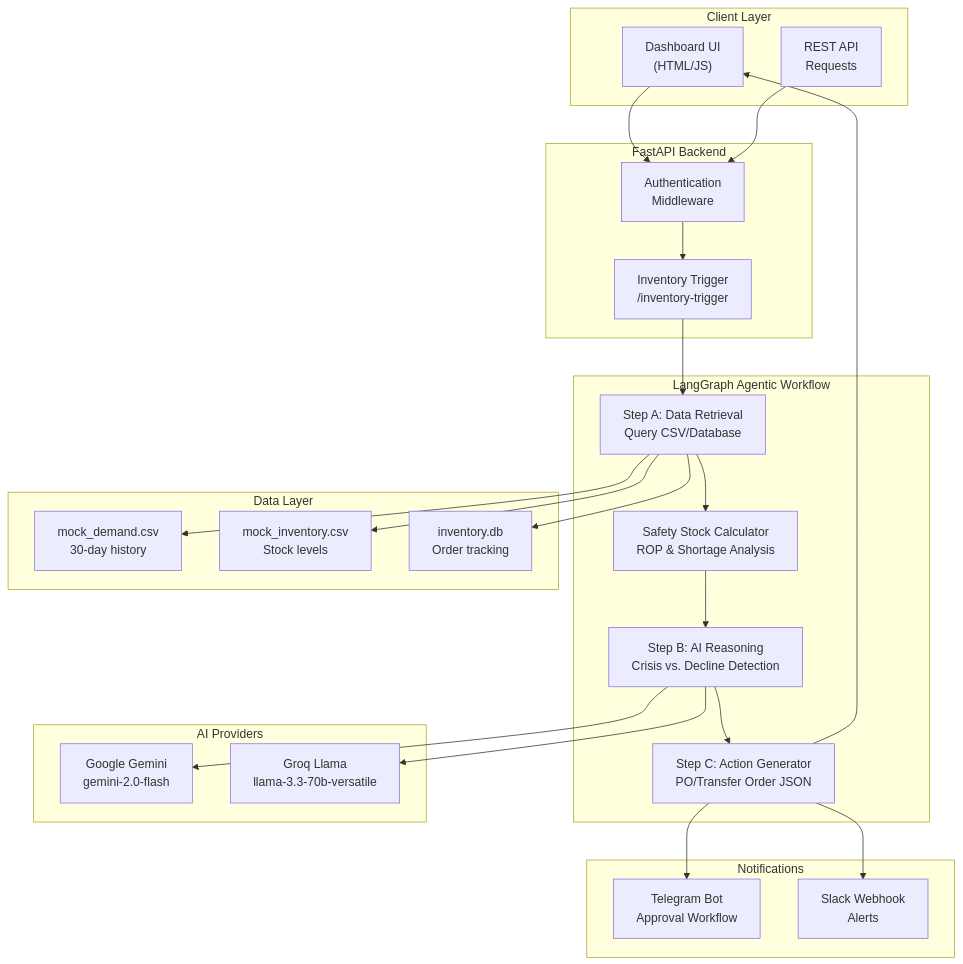
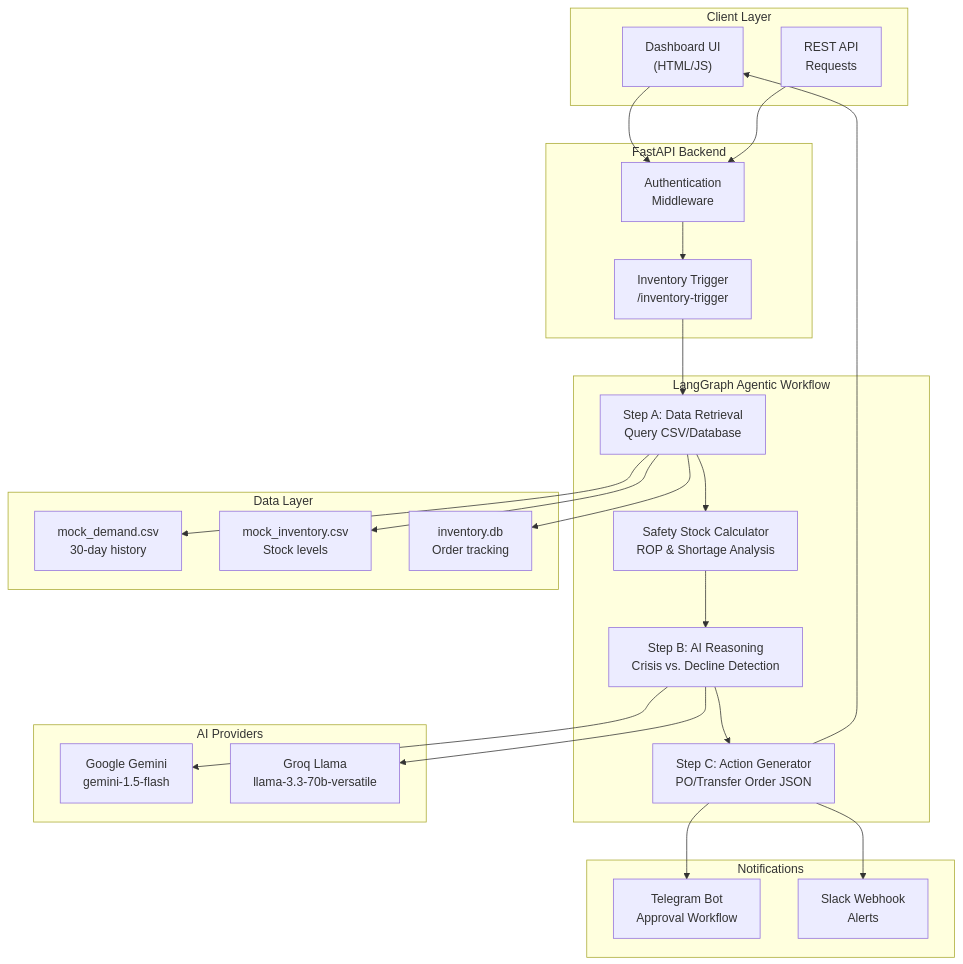
Before and after one commit to HemantSudarshan/Agentic-Inventory-Restocking-Servic: the diagram in README.md, drawn with Mermaid. The commit also changed other lines of this file and 1 other file, not shown here.

Commit message:
fix: Revert to gemini-1.5-flash for higher free tier quota - Changed from gemini-2.0-flash to gemini-1.5-flash - Reason: 2.0-flash has lower free tier limits (quota exhausted) - 1.5-flash has 1500 requests/day free tier

````diff
--- a/README.md
+++ b/README.md
@@ -77,51 +77,51 @@
 ```mermaid
 flowchart TB
     subgraph Client ["Client Layer"]
         Dashboard["Dashboard UI<br>(HTML/JS)"]
         RESTAPI["REST API<br>Requests"]
     end
 
     subgraph Backend ["FastAPI Backend"]
         Auth["Authentication<br>Middleware"]
         Trigger["Inventory Trigger<br>/inventory-trigger"]
     end
 
     subgraph Workflow ["LangGraph Agentic Workflow"]
         DataNode["Step A: Data Retrieval<br>Query CSV/Database"]
         SafetyNode["Safety Stock Calculator<br>ROP & Shortage Analysis"]
         ReasonNode["Step B: AI Reasoning<br>Crisis vs. Decline Detection"]
         ActionNode["Step C: Action Generator<br>PO/Transfer Order JSON"]
     end
 
     subgraph Data ["Data Layer"]
         DemandCSV["mock_demand.csv<br>30-day history"]
         InventoryCSV["mock_inventory.csv<br>Stock levels"]
         DB["inventory.db<br>Order tracking"]
     end
 
     subgraph AI ["AI Providers"]
-        Gemini["Google Gemini<br>gemini-2.0-flash"]
+        Gemini["Google Gemini<br>gemini-1.5-flash"]
         Groq["Groq Llama<br>llama-3.3-70b-versatile"]
     end
 
     subgraph Notify ["Notifications"]
         Telegram["Telegram Bot<br>Approval Workflow"]
         Slack["Slack Webhook<br>Alerts"]
     end
 
     Dashboard --> Auth
     RESTAPI --> Auth
     Auth --> Trigger
     Trigger --> DataNode
     DataNode --> DemandCSV
     DataNode --> InventoryCSV
     DataNode --> DB
     DataNode --> SafetyNode
     SafetyNode --> ReasonNode
     ReasonNode --> Gemini
     ReasonNode --> Groq
     ReasonNode --> ActionNode
     ActionNode --> Telegram
     ActionNode --> Slack
     ActionNode --> Dashboard
 ```
````
